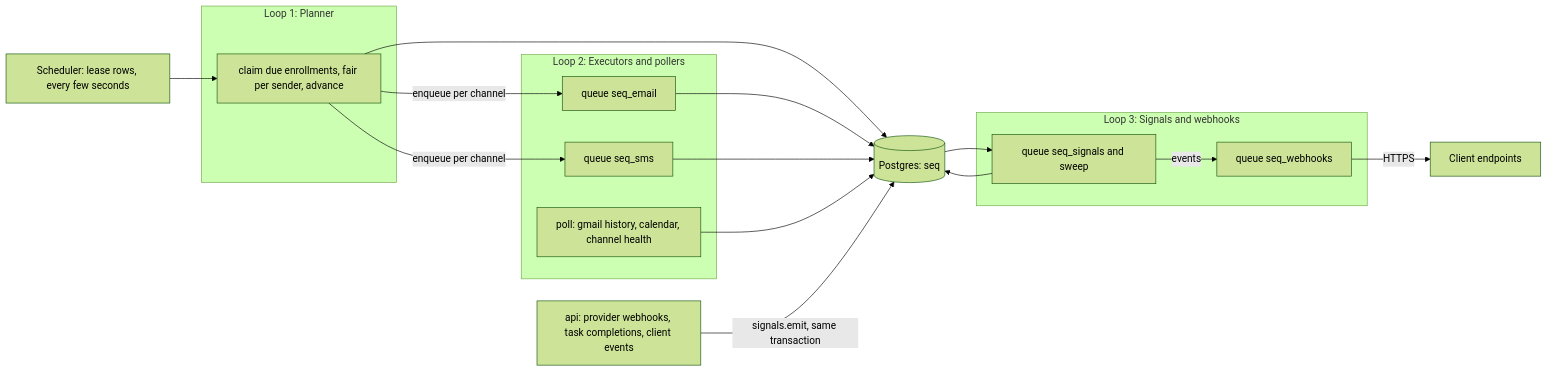
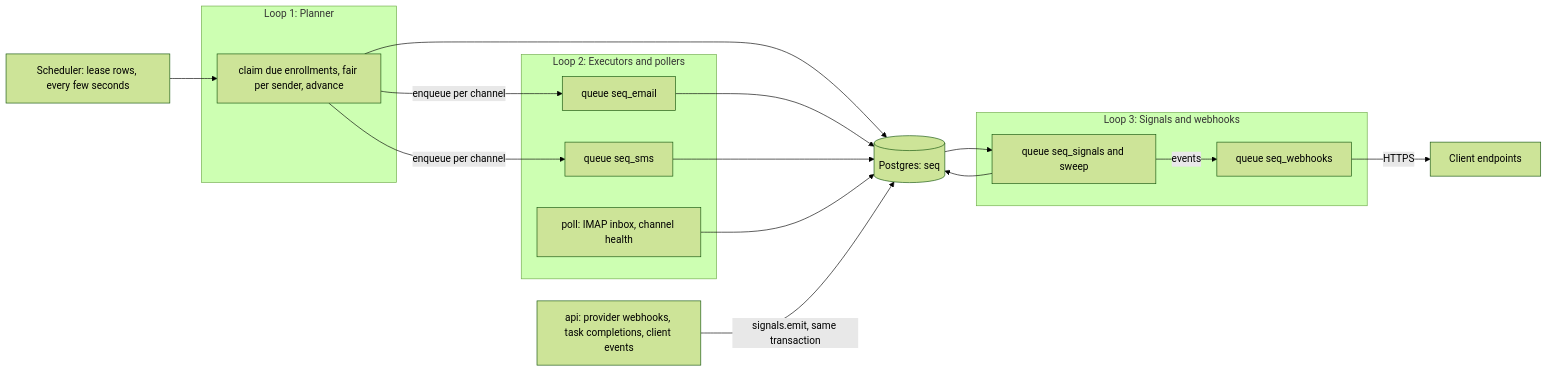
The fourth of 12 diagrams in docs/ARCHITECTURE.md (lguerberg/open-sequence), drawn with Mermaid (forest theme) before and after one commit. The commit also changed other lines of this file and 140 other files, not shown here.

First line of the commit message:
Remove Gmail and Google OAuth: email is SMTP and IMAP only

````diff
--- a/docs/ARCHITECTURE.md
+++ b/docs/ARCHITECTURE.md
@@ -277,26 +274,26 @@
 ```mermaid
 flowchart LR
   TM["Scheduler: lease rows, every few seconds"]
   subgraph L1["Loop 1: Planner"]
     P1["claim due enrollments, fair per sender, advance"]
   end
   subgraph L2["Loop 2: Executors and pollers"]
     E1["queue seq_email"]
     E2["queue seq_sms"]
-    E3["poll: gmail history, calendar, channel health"]
+    E3["poll: IMAP inbox, channel health"]
   end
   subgraph L3["Loop 3: Signals and webhooks"]
     S1["queue seq_signals and sweep"]
     O1["queue seq_webhooks"]
   end
   DBX[("Postgres: seq")]
   TM --> P1
   P1 --> DBX
   P1 -->|enqueue per channel| E1 & E2
   E1 & E2 & E3 --> DBX
   WH["api: provider webhooks, task completions, client events"] -->|signals.emit, same transaction| DBX
   DBX --> S1
   S1 --> DBX
   S1 -->|events| O1
   O1 -->|HTTPS| CRM["Client endpoints"]
 ```
````
